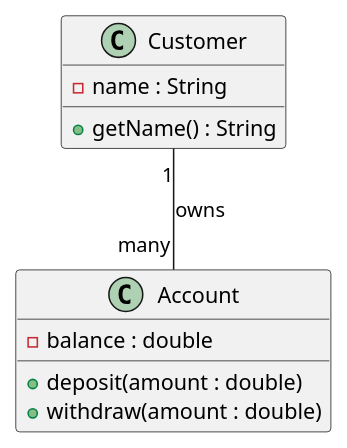
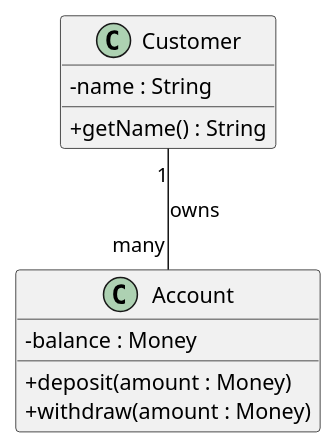
One commit to KdHyeon0661/KdHyeon0661.github.io changed the first of 11 diagrams in _posts/2025-07-31-객체지향설계 - UML 툴 소개.md. Above: the diagram before and after it, drawn with PlantUML. The commit also changed other lines of this file and 1532 other files, not shown here.

````diff
--- a/_posts/2025-07-31-객체지향설계 - UML 툴 소개.md
+++ b/_posts/2025-07-31-객체지향설계 - UML 툴 소개.md
@@ -47,16 +67,15 @@
 ```plantuml
 @startuml
+skinparam classAttributeIconSize 0
 class Account {
-  -balance : double
-  +deposit(amount : double)
-  +withdraw(amount : double)
+  -balance : Money
+  +deposit(amount : Money)
+  +withdraw(amount : Money)
 }
-
 class Customer {
   -name : String
   +getName() : String
 }
-
 Customer "1" -- "many" Account : owns
 @enduml
 ```
````
